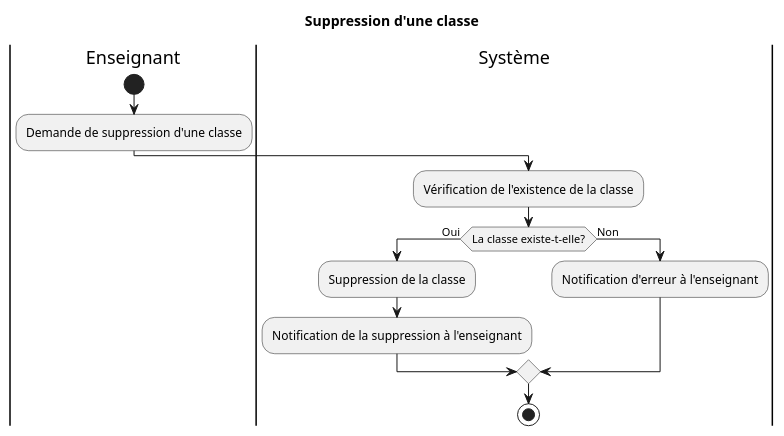
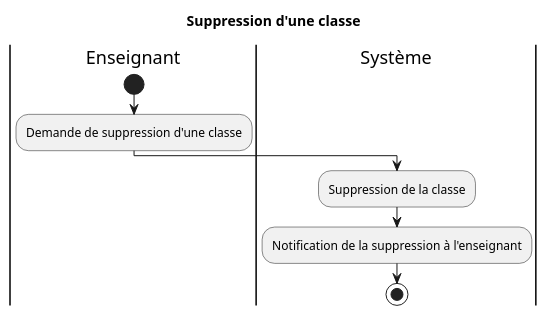
One commit to AurelienDillies/Primeo changed the diagram in Conception/activite/suppressionClasse.puml. Above: the diagram before and after it, drawn with PlantUML.

Commit message:
diagramme suppression classe fait

```diff
--- a/Conception/activite/suppressionClasse.puml
+++ b/Conception/activite/suppressionClasse.puml
@@ -1,19 +1,14 @@
 @startuml Suppression Classe
 
 title Suppression d'une classe
 
 |Enseignant|
 start
 :Demande de suppression d'une classe;
 |Système|
-:Vérification de l'existence de la classe;
-if (La classe existe-t-elle?) then (Oui)
-    :Suppression de la classe;
-    :Notification de la suppression à l'enseignant;
-else (Non)
-    :Notification d'erreur à l'enseignant;
-endif
+:Suppression de la classe;
+:Notification de la suppression à l'enseignant;
 stop
 
 
 @enduml
```
